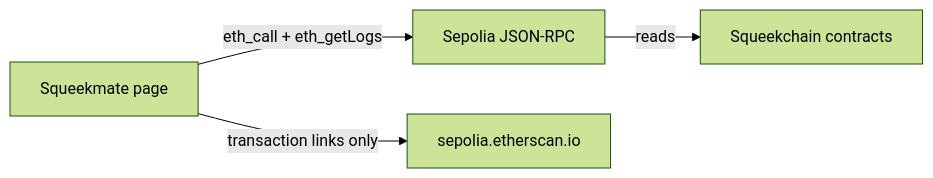
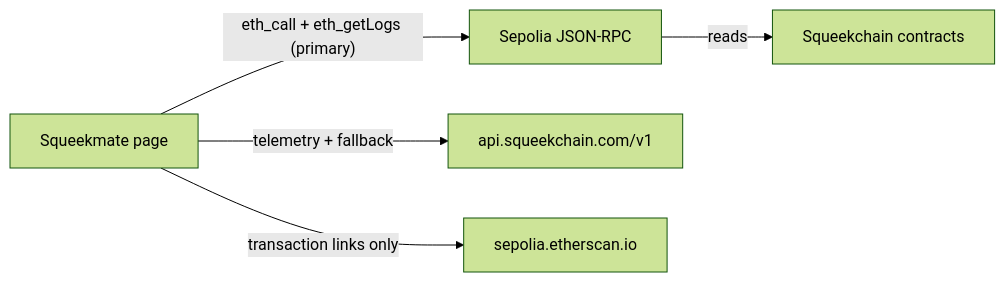
The diagram in README.md (frianowzki/squeekmate), drawn with Mermaid (forest theme) before and after one commit. The commit also changed other lines of this file, not shown here.

Commit message:
README: hybrid data layer (v31), API telemetry + fallback

````diff
--- a/README.md
+++ b/README.md
@@ -78,11 +78,13 @@
 ```mermaid
 flowchart LR
   page[Squeekmate page]
   rpc[Sepolia JSON-RPC]
   contracts[Squeekchain contracts]
+  api["api.squeekchain.com/v1"]
   scan[sepolia.etherscan.io]
 
-  page -->|"eth_call + eth_getLogs"| rpc
+  page -->|"eth_call + eth_getLogs (primary)"| rpc
   rpc -->|"reads"| contracts
+  page -->|"telemetry + fallback"| api
   page -->|"transaction links only"| scan
 ```
````
